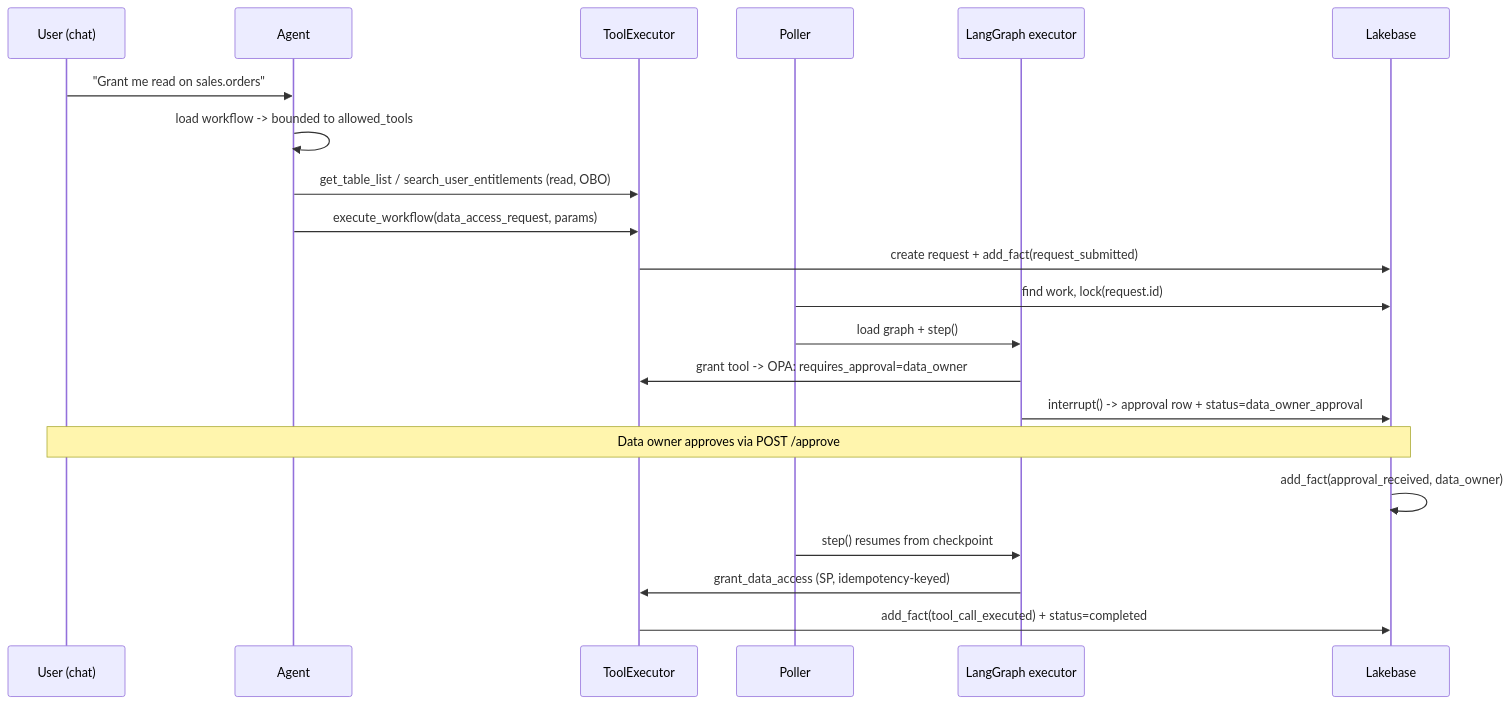
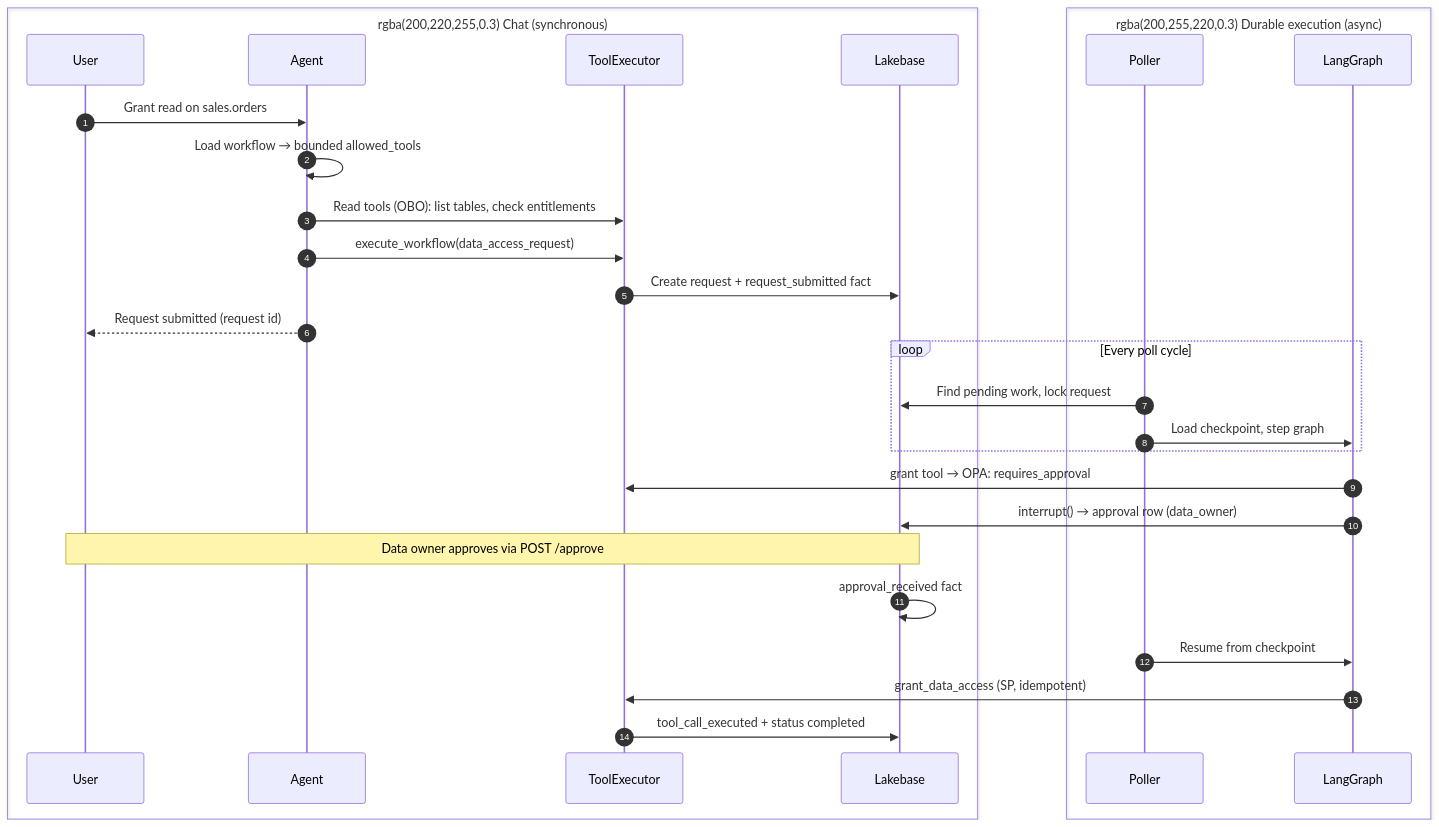
Before and after one commit to TaylorAHanson/ssc: the fourth of 4 diagrams in docs/ARCHITECTURE.md, drawn with Mermaid. The commit also changed other lines of this file and 3 other files, not shown here.

````diff
--- a/docs/ARCHITECTURE.md
+++ b/docs/ARCHITECTURE.md
@@ -339,24 +472,37 @@
 ```mermaid
 sequenceDiagram
-    participant U as User (chat)
-    participant A as Agent
-    participant X as ToolExecutor
-    participant P as Poller
-    participant G as LangGraph executor
-    participant DB as Lakebase
+    autonumber
+    box rgba(200,220,255,0.3) Chat (synchronous)
+        participant U as User
+        participant A as Agent
+        participant X as ToolExecutor
+        participant DB as Lakebase
+    end
 
-    U->>A: "Grant me read on sales.orders"
-    A->>A: load workflow -> bounded to allowed_tools
-    A->>X: get_table_list / search_user_entitlements (read, OBO)
-    A->>X: execute_workflow(data_access_request, params)
-    X->>DB: create request + add_fact(request_submitted)
-    P->>DB: find work, lock(request.id)
-    P->>G: load graph + step()
-    G->>X: grant tool -> OPA: requires_approval=data_owner
-    G->>DB: interrupt() -> approval row + status=data_owner_approval
+    U->>A: Grant read on sales.orders
+    A->>A: Load workflow → bounded allowed_tools
+    A->>X: Read tools (OBO): list tables, check entitlements
+    A->>X: execute_workflow(data_access_request)
+    X->>DB: Create request + request_submitted fact
+    A-->>U: Request submitted (request id)
+
+    box rgba(200,255,220,0.3) Durable execution (async)
+        participant P as Poller
+        participant G as LangGraph
+    end
+
+    loop Every poll cycle
+        P->>DB: Find pending work, lock request
+        P->>G: Load checkpoint, step graph
+    end
+
+    G->>X: grant tool → OPA: requires_approval
+    G->>DB: interrupt() → approval row (data_owner)
+
     Note over U,DB: Data owner approves via POST /approve
-    DB->>DB: add_fact(approval_received, data_owner)
-    P->>G: step() resumes from checkpoint
-    G->>X: grant_data_access (SP, idempotency-keyed)
-    X->>DB: add_fact(tool_call_executed) + status=completed
+
+    DB->>DB: approval_received fact
+    P->>G: Resume from checkpoint
+    G->>X: grant_data_access (SP, idempotent)
+    X->>DB: tool_call_executed + status completed
 ```
````
